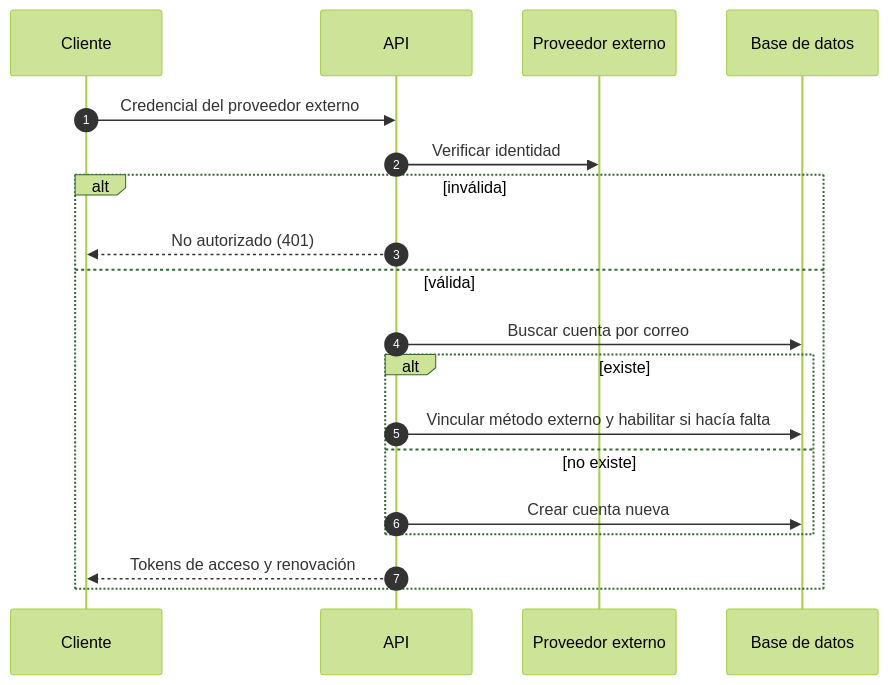
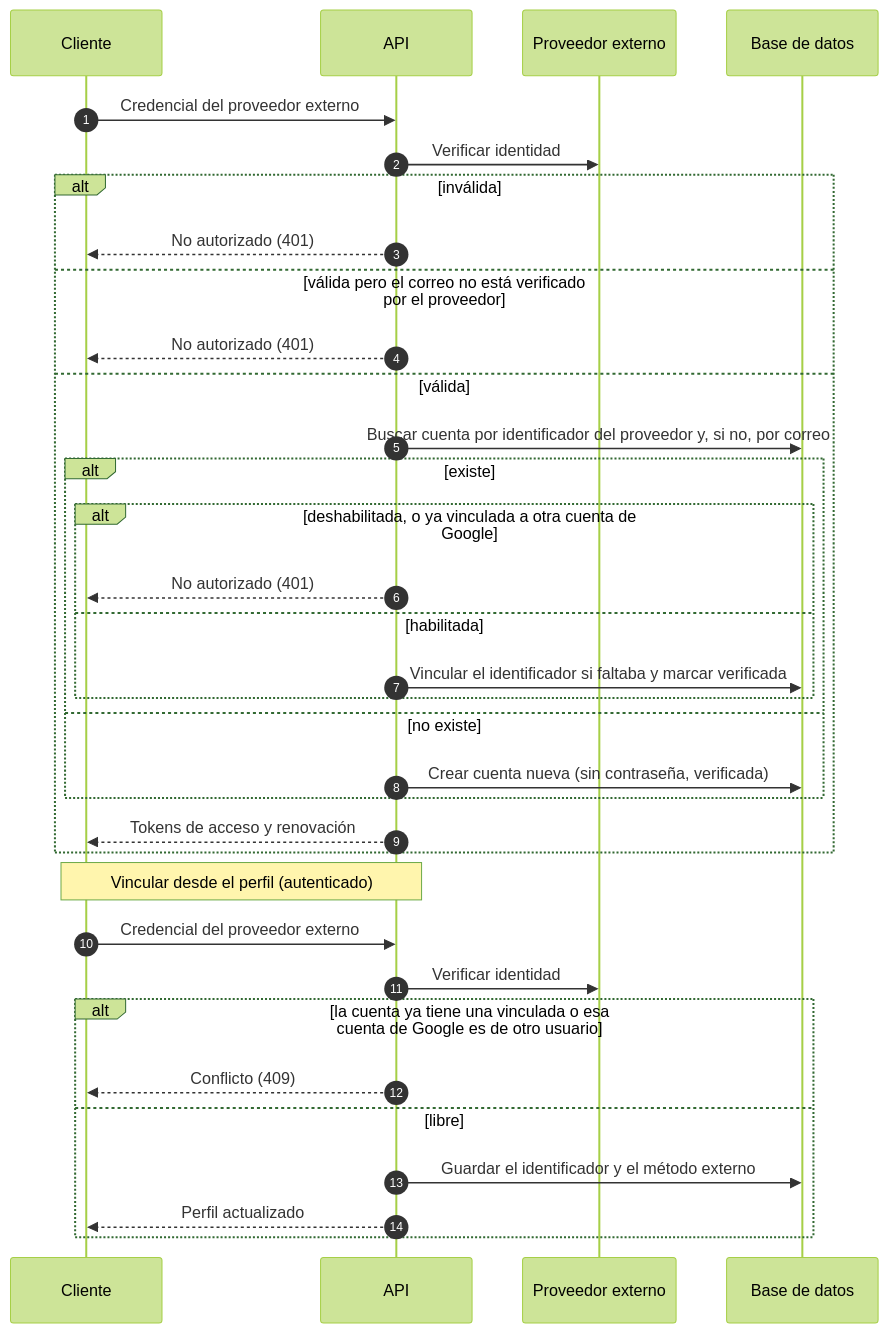
One commit to signasource/signa-api changed the sixth of 32 diagrams in docs/diagrams/sequence.md. Above: the diagram before and after it, drawn with Mermaid (forest theme). The commit also changed other lines of this file and 4 other files, not shown here.

First line of the commit message:
docs: sync CLAUDE.md, README and diagrams with the current code

````diff
--- a/docs/diagrams/sequence.md
+++ b/docs/diagrams/sequence.md
@@ -136,22 +143,38 @@
 ```mermaid
 sequenceDiagram
     autonumber
     participant C as Cliente
     participant API as API
     participant OAuth as Proveedor externo
     participant DB as Base de datos
 
     C->>API: Credencial del proveedor externo
     API->>OAuth: Verificar identidad
     alt inválida
         API-->>C: No autorizado (401)
+    else válida pero el correo no está verificado por el proveedor
+        API-->>C: No autorizado (401)
     else válida
-        API->>DB: Buscar cuenta por correo
+        API->>DB: Buscar cuenta por identificador del proveedor y, si no, por correo
         alt existe
-            API->>DB: Vincular método externo y habilitar si hacía falta
+            alt deshabilitada, o ya vinculada a otra cuenta de Google
+                API-->>C: No autorizado (401)
+            else habilitada
+                API->>DB: Vincular el identificador si faltaba y marcar verificada
+            end
         else no existe
-            API->>DB: Crear cuenta nueva
+            API->>DB: Crear cuenta nueva (sin contraseña, verificada)
         end
         API-->>C: Tokens de acceso y renovación
     end
+
+    Note over C,API: Vincular desde el perfil (autenticado)
+    C->>API: Credencial del proveedor externo
+    API->>OAuth: Verificar identidad
+    alt la cuenta ya tiene una vinculada o esa cuenta de Google es de otro usuario
+        API-->>C: Conflicto (409)
+    else libre
+        API->>DB: Guardar el identificador y el método externo
+        API-->>C: Perfil actualizado
+    end
 ```
````
